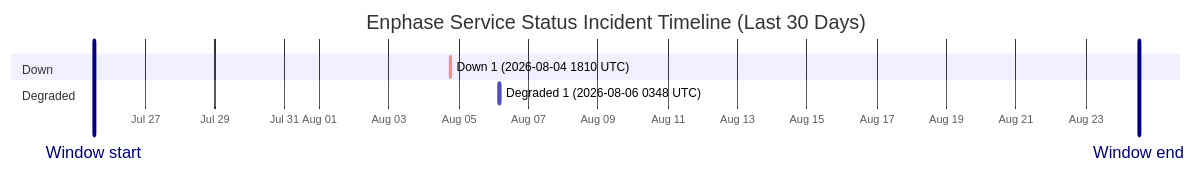
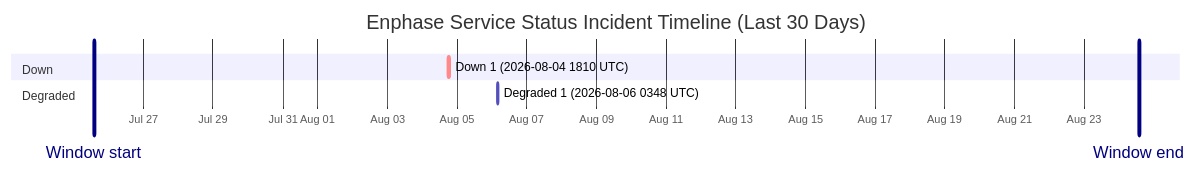
One commit to barneyonline/ha-enphase-energy changed the diagram in wiki/Service-Status-History.md. Above: the diagram before and after it, drawn with Mermaid. The commit also changed other lines of this file and 3 other files, not shown here.

````diff
--- a/wiki/Service-Status-History.md
+++ b/wiki/Service-Status-History.md
@@ -14,12 +14,12 @@
 ```mermaid
 gantt
     title Enphase Service Status Incident Timeline (Last 30 Days)
     dateFormat  YYYY-MM-DDTHH:mm:ss
     axisFormat  %b %d
-    Window start :vert, window-start, 2026-07-25T12:45:22, 0ms
-    Window end :vert, window-end, 2026-08-24T12:45:22, 0ms
+    Window start :vert, window-start, 2026-07-25T13:59:10, 0ms
+    Window end :vert, window-end, 2026-08-24T13:59:10, 0ms
     section Down
     Down 1 (2026-08-04 1810 UTC) :crit, down-1, 2026-08-04T18:10:46, 60m
     section Degraded
     Degraded 1 (2026-08-06 0348 UTC) :active, degraded-1, 2026-08-06T03:48:14, 60m
 ```
````
